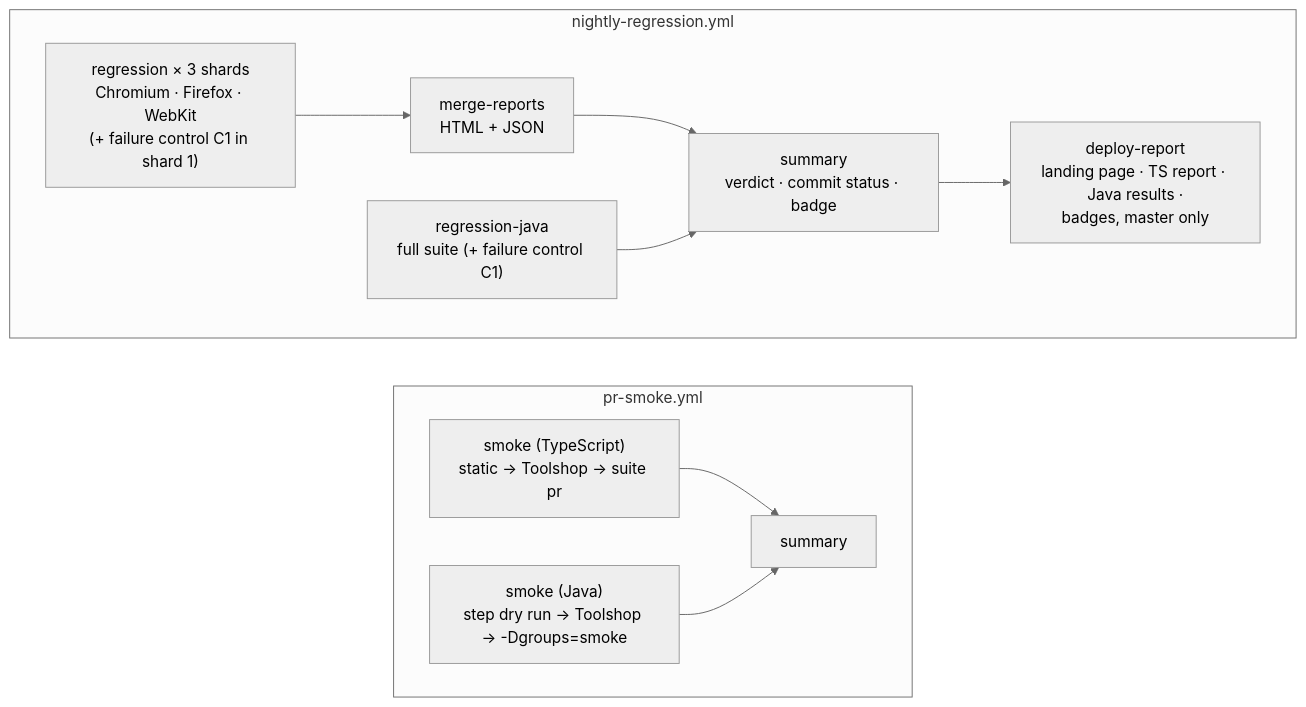
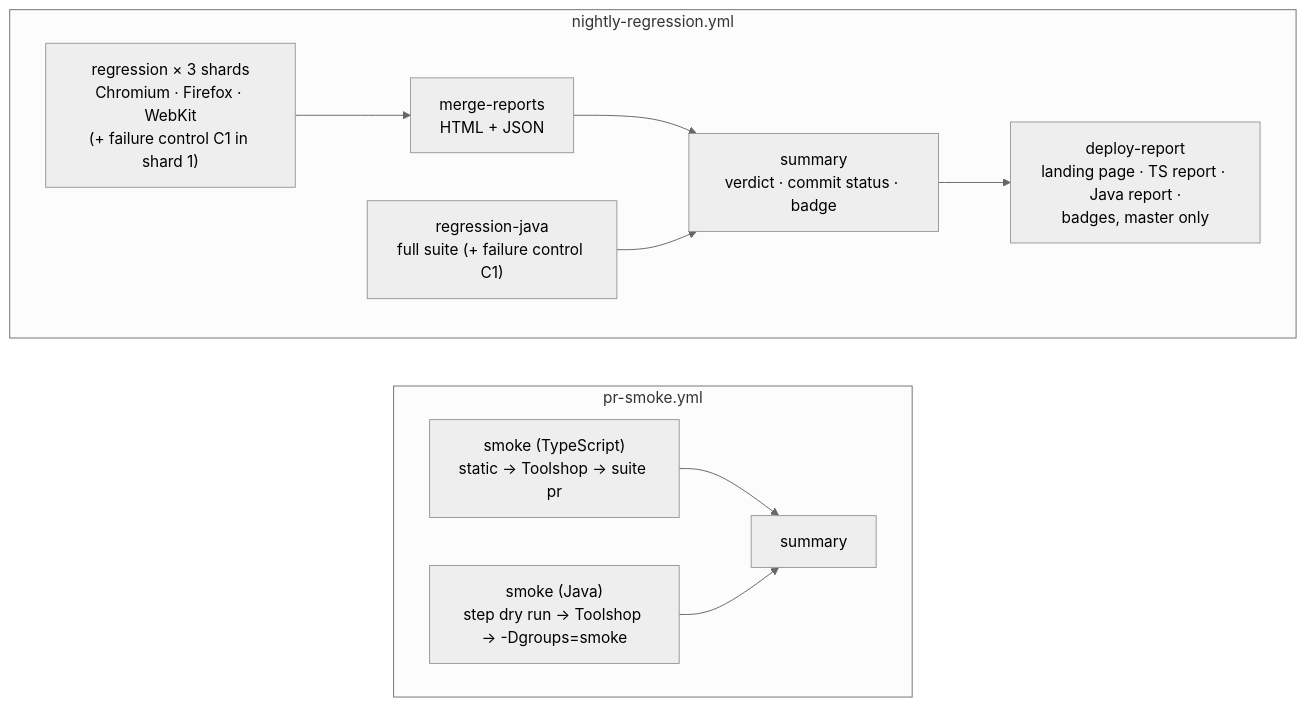
One commit to junchunip-hue/playwright-e2e-showcase changed the diagram in docs/ci.md. Above: the diagram before and after it, drawn with Mermaid (neutral theme). The commit also changed other lines of this file and 9 other files, not shown here.

First line of the commit message:
Java results as a Playwright HTML report, in the same format as TypeScript

````diff
--- a/docs/ci.md
+++ b/docs/ci.md
@@ -29,14 +29,14 @@
 ```mermaid
 flowchart LR
   subgraph PRW["pr-smoke.yml"]
     direction LR
     A["smoke (TypeScript)<br/>static → Toolshop → suite pr"] --> C["summary"]
     B["smoke (Java)<br/>step dry run → Toolshop → -Dgroups=smoke"] --> C
   end
   subgraph NW["nightly-regression.yml"]
     direction LR
     R["regression × 3 shards<br/>Chromium · Firefox · WebKit<br/>(+ failure control C1 in shard 1)"] --> M["merge-reports<br/>HTML + JSON"] --> S["summary<br/>verdict · commit status · badge"]
     RJ["regression-java<br/>full suite (+ failure control C1)"] --> S
-    S --> D["deploy-report<br/>landing page · TS report · Java results ·<br/>badges, master only"]
+    S --> D["deploy-report<br/>landing page · TS report · Java report ·<br/>badges, master only"]
   end
 ```
````
